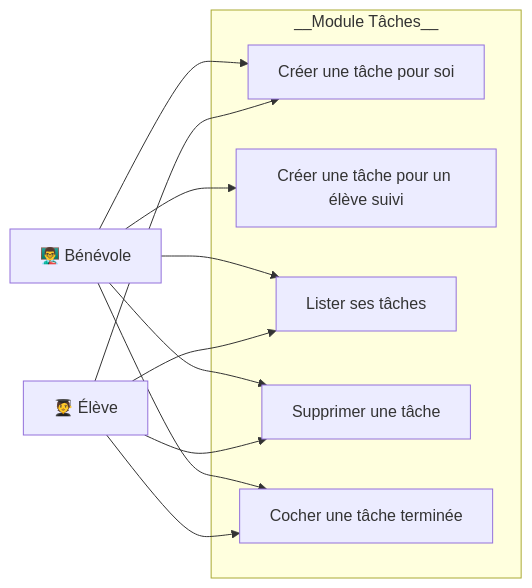
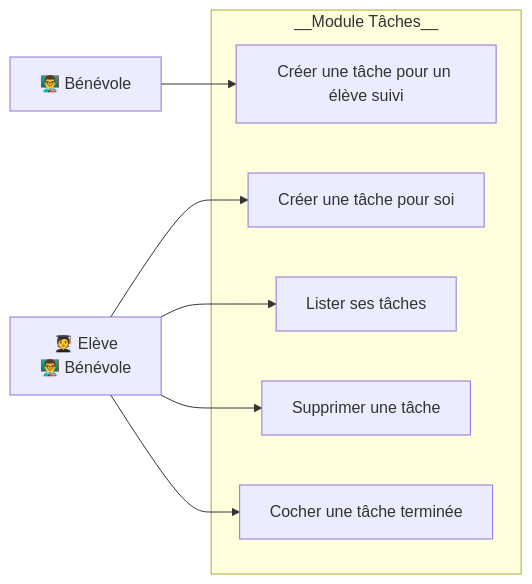
The fourth of 5 diagrams in cas_usage.md (nutbreaker/projet_5), drawn with Mermaid before and after one commit. The commit also changed other lines of this file, not shown here.

````diff
--- a/cas_usage.md
+++ b/cas_usage.md
@@ -114,24 +109,23 @@
 ```mermaid
 graph LR
-    E["🧑‍🎓 Élève"]
+    U["
+        🧑‍🎓 Elève
+        👨‍🏫 Bénévole
+    "]
     B["👨‍🏫 Bénévole"]
     
     subgraph "__Module Tâches__"
         UC12["Créer une tâche pour soi"]
         UC13["Créer une tâche pour un élève suivi"]
         UC14["Lister ses tâches"]
         UC15["Supprimer une tâche"]
         UC16["Cocher une tâche terminée"]
     end
     
-    E --> UC12
-    E --> UC14
-    E --> UC15
-    E --> UC16
+    U --> UC12
+    U --> UC14
+    U --> UC15
+    U --> UC16
     
-    B --> UC12
     B --> UC13
-    B --> UC14
-    B --> UC15
-    B --> UC16
 ```
````
